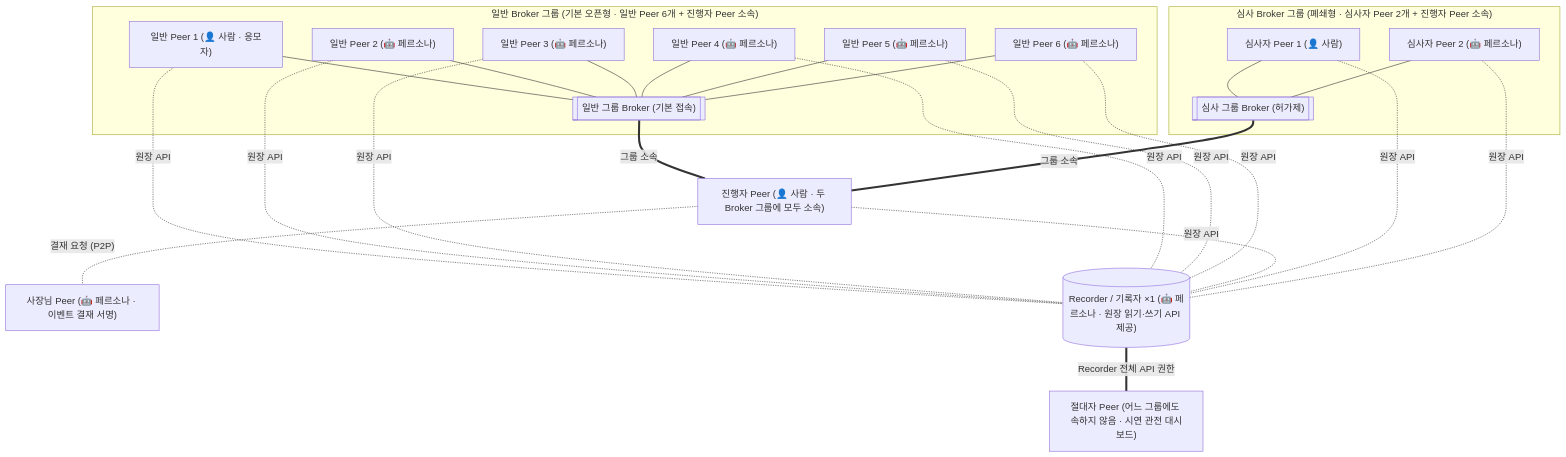
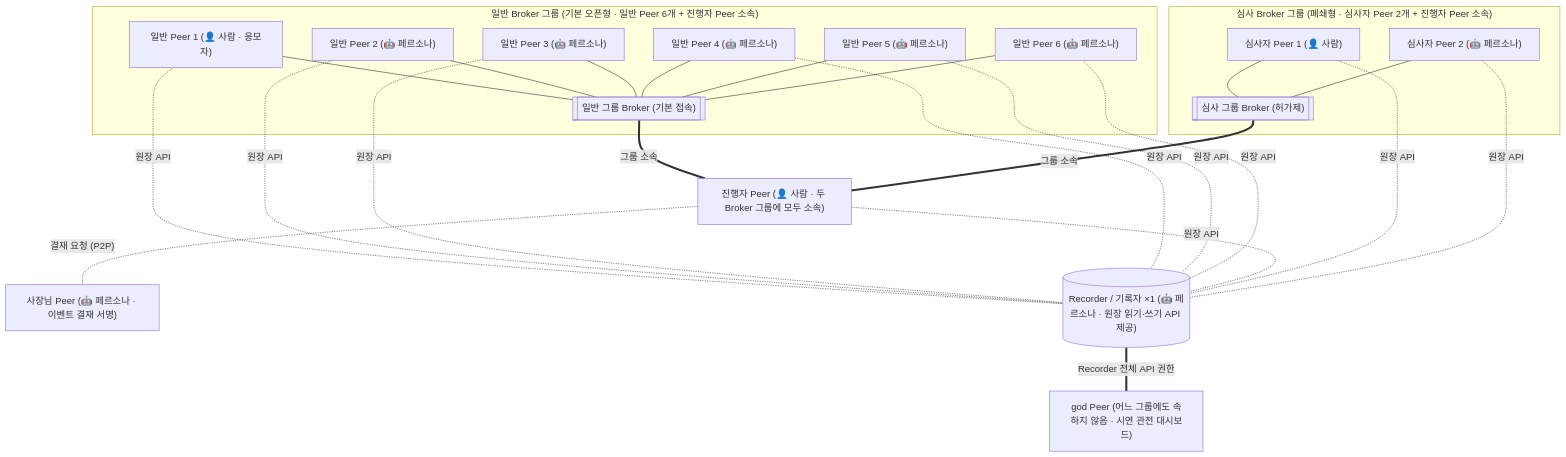
One commit to tanminkwan/share-ur-tokens changed the diagram in docs/hackathon-proposal-final.md. Above: the diagram before and after it, drawn with Mermaid. The commit also changed other lines of this file and 49 other files, not shown here.

````diff
--- a/docs/hackathon-proposal-final.md
+++ b/docs/hackathon-proposal-final.md
@@ -115,34 +115,34 @@
 ```mermaid
 graph TB
     subgraph G1["일반 Broker 그룹 (기본 오픈형 · 일반 Peer 6개 + 진행자 Peer 소속)"]
         B1[["일반 그룹 Broker (기본 접속)"]]
         P1["일반 Peer 1 (👤 사람 · 응모자)"]
         P2["일반 Peer 2 (🤖 페르소나)"]
         P3["일반 Peer 3 (🤖 페르소나)"]
         P4["일반 Peer 4 (🤖 페르소나)"]
         P5["일반 Peer 5 (🤖 페르소나)"]
         P6["일반 Peer 6 (🤖 페르소나)"]
         P1 & P2 & P3 & P4 & P5 & P6 --- B1
     end
 
     subgraph G2["심사 Broker 그룹 (폐쇄형 · 심사자 Peer 2개 + 진행자 Peer 소속)"]
         B2[["심사 그룹 Broker (허가제)"]]
         R1["심사자 Peer 1 (👤 사람)"]
         R2["심사자 Peer 2 (🤖 페르소나)"]
         R1 & R2 --- B2
     end
 
     ORG["진행자 Peer (👤 사람 · 두 Broker 그룹에 모두 소속)"]
     CEO["사장님 Peer (🤖 페르소나 · 이벤트 결재 서명)"]
     ORG -.-|"결재 요청 (P2P)"| CEO
     B1 ===|"그룹 소속"| ORG
     B2 ===|"그룹 소속"| ORG
 
     COL[("Recorder / 기록자 ×1 (🤖 페르소나 · 원장 읽기·쓰기 API 제공)")]
     P1 & P2 & P3 & P4 & P5 & P6 -.-|"원장 API"| COL
     ORG -.-|"원장 API"| COL
     R1 & R2 -.-|"원장 API"| COL
 
-    OV["절대자 Peer (어느 그룹에도 속하지 않음 · 시연 관전 대시보드)"]
+    OV["god Peer (어느 그룹에도 속하지 않음 · 시연 관전 대시보드)"]
     COL ===|"Recorder 전체 API 권한"| OV
 ```
````
